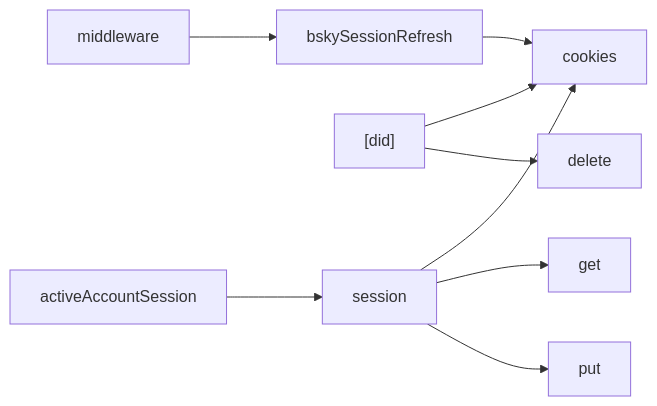
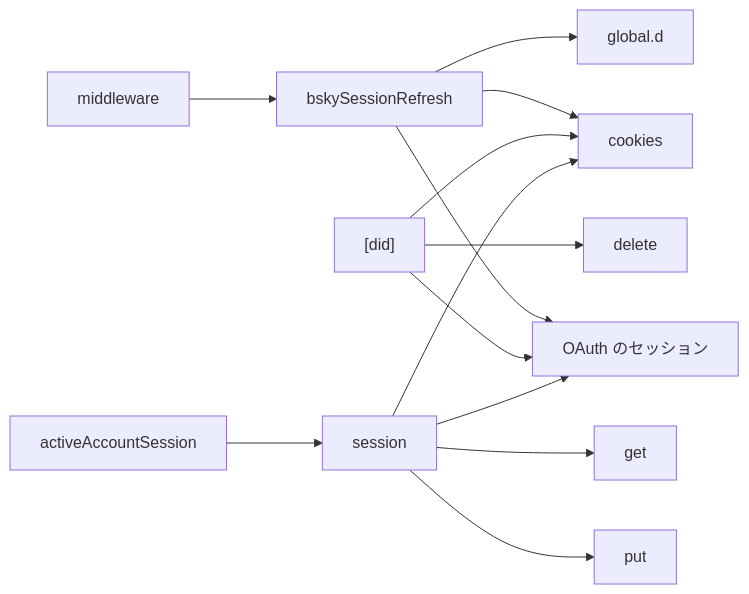
One commit to nekono-dev/skyshare changed the first of 3 diagrams in specs/account-session/design.md. Above: the diagram before and after it, drawn with Mermaid. The commit also changed other lines of this file and 19 other files, not shown here.

````diff
--- a/specs/account-session/design.md
+++ b/specs/account-session/design.md
@@ -21,11 +22,15 @@
 ```mermaid
 flowchart LR
   session --> cookies
   session --> get
   session --> put
+  session --> ext_oauth["OAuth のセッション"]
   did["[did]"] --> cookies
   did --> delete
+  did --> ext_oauth
   middleware --> bskySessionRefresh
   bskySessionRefresh --> cookies
+  bskySessionRefresh --> ext_oauth
+  bskySessionRefresh --> globald["global.d"]
   activeAccountSession --> session
 ```
````
